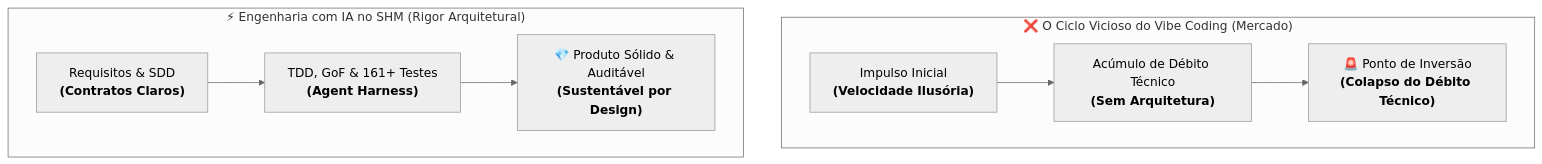
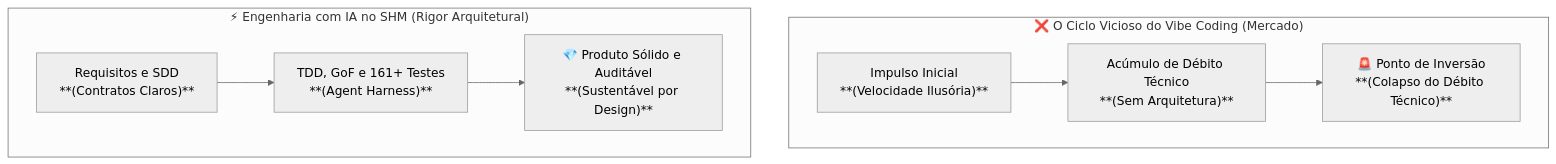
One commit to andresouza72br-sketch/SHM-Support-Hours-Manager changed the first of 3 diagrams in README.md. Above: the diagram before and after it, drawn with Mermaid (neutral theme). The commit also changed other lines of this file and 1 other file, not shown here.

Commit message:
docs: corrige renderizacao dos diagramas mermaid e adiciona links do linkedin no manifesto e readme

````diff
--- a/README.md
+++ b/README.md
@@ -54,12 +56,12 @@
 ```mermaid
 flowchart TD
-    subgraph Vibe["❌ O Ciclo Vicioso do Vibe Coding (Mercado)"]
+    subgraph Vibe ["❌ O Ciclo Vicioso do Vibe Coding (Mercado)"]
         direction LR
-        V1["Impulso Inicial<br><b>(Velocidade Ilusória)</b>"] --> V2["Acúmulo de Débito Técnico<br><b>(Sem Arquitetura)</b>"] --> V3["🚨 Ponto de Inversão<br><b>(Colapso do Débito Técnico)</b>"]
+        V1["Impulso Inicial<br>**(Velocidade Ilusória)**"] --> V2["Acúmulo de Débito Técnico<br>**(Sem Arquitetura)**"] --> V3["🚨 Ponto de Inversão<br>**(Colapso do Débito Técnico)**"]
     end
     
-    subgraph SHM["⚡ Engenharia com IA no SHM (Rigor Arquitetural)"]
+    subgraph SHM ["⚡ Engenharia com IA no SHM (Rigor Arquitetural)"]
         direction LR
-        S1["Requisitos & SDD<br><b>(Contratos Claros)</b>"] --> S2["TDD, GoF & 161+ Testes<br><b>(Agent Harness)</b>"] --> S3["💎 Produto Sólido & Auditável<br><b>(Sustentável por Design)</b>"]
+        S1["Requisitos e SDD<br>**(Contratos Claros)**"] --> S2["TDD, GoF e 161+ Testes<br>**(Agent Harness)**"] --> S3["💎 Produto Sólido e Auditável<br>**(Sustentável por Design)**"]
     end
 ```
````
